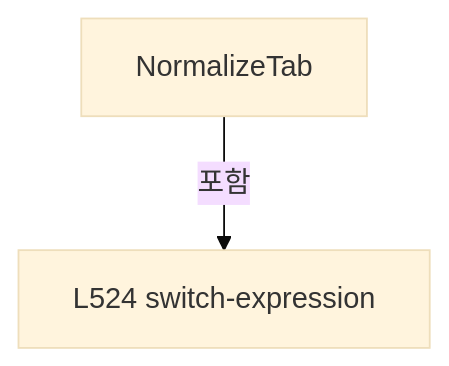
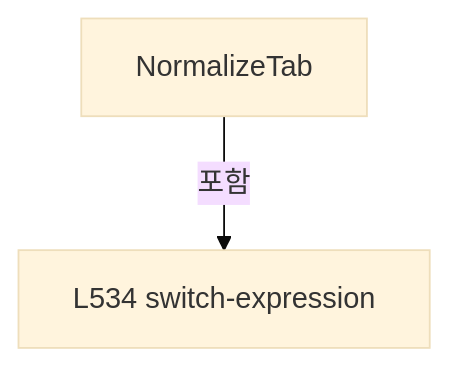
One commit to kjuws10-rgb/Shared changed diagram 14 of 17 in A3 LD Code Ref/files/Drilling.File/JHMI/CSettingFile.cs.md. Above: the diagram before and after it, drawn with Mermaid (base theme). The commit also changed other lines of this file and 2071 other files, not shown here.

Commit message:
docs(a3): update 11.19.0 architecture and code reference

````diff
--- a/A3 LD Code Ref/files/Drilling.File/JHMI/CSettingFile.cs.md
+++ b/A3 LD Code Ref/files/Drilling.File/JHMI/CSettingFile.cs.md
@@ -2361,6 +2371,6 @@
 ```mermaid
 flowchart TD
  M["NormalizeTab"]
- N0["L524 switch-expression"]
+ N0["L534 switch-expression"]
  M -->|포함| N0
 ```
````
